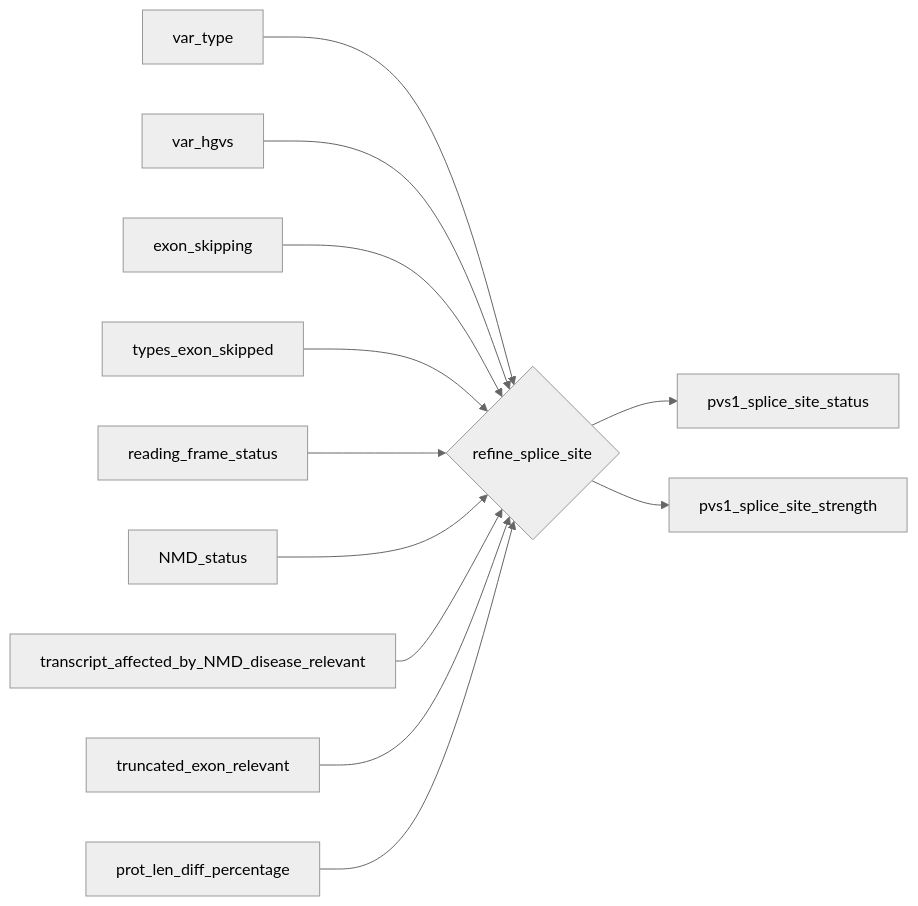
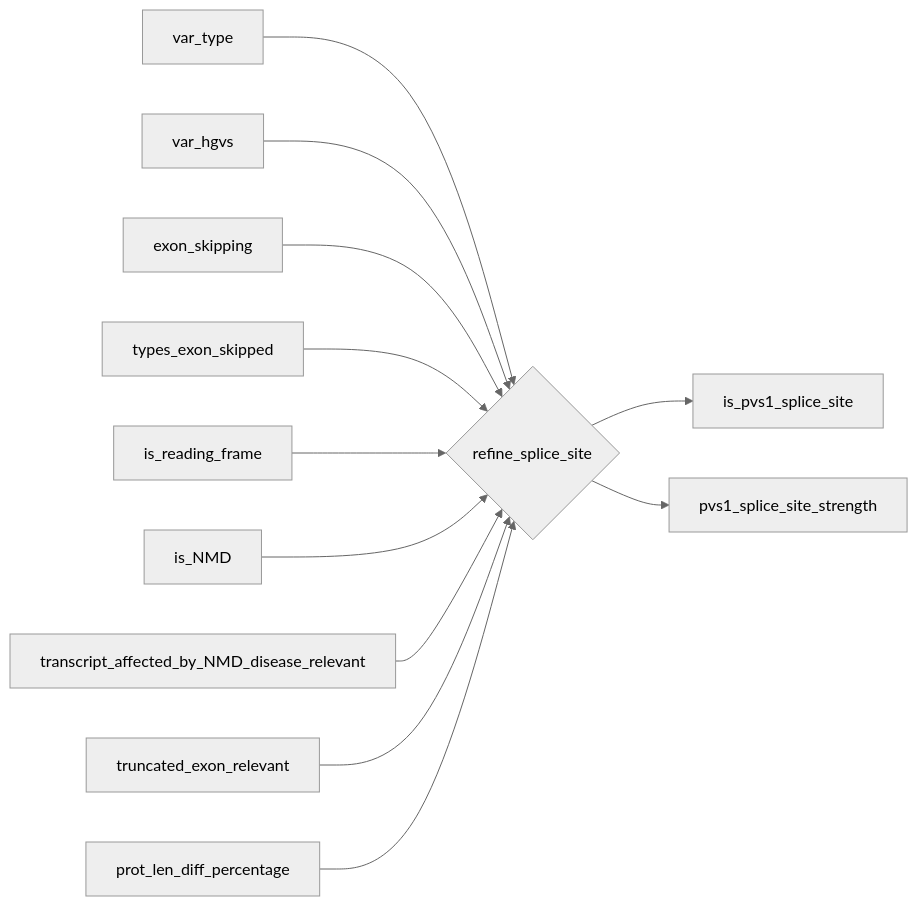
Diagram 20 of 30 in Software_design/Mermaid.org (akatzke/HerediClassify), drawn with Mermaid (neutral theme) before and after one commit. The commit also changed other lines of this file and 8 other files, not shown here.

```diff
--- a/Software_design/Mermaid.org
+++ b/Software_design/Mermaid.org
@@ -298,14 +362,14 @@
 #+begin_src mermaid :file pvs1_refine_splice_site.png
 flowchart LR
-   rss --> pvs1_splice_site_status
+   rss --> is_pvs1_splice_site
    rss --> pvs1_splice_site_strength
    var_type --> rss{refine_splice_site}
    var_hgvs --> rss
    exon_skipping --> rss
    types_exon_skipped --> rss
-   reading_frame_status --> rss
-   NMD_status --> rss
+   is_reading_frame --> rss
+   is_NMD --> rss
    transcript_affected_by_NMD_disease_relevant --> rss
    truncated_exon_relevant --> rss
    prot_len_diff_percentage --> rss
 #+end_src
```
